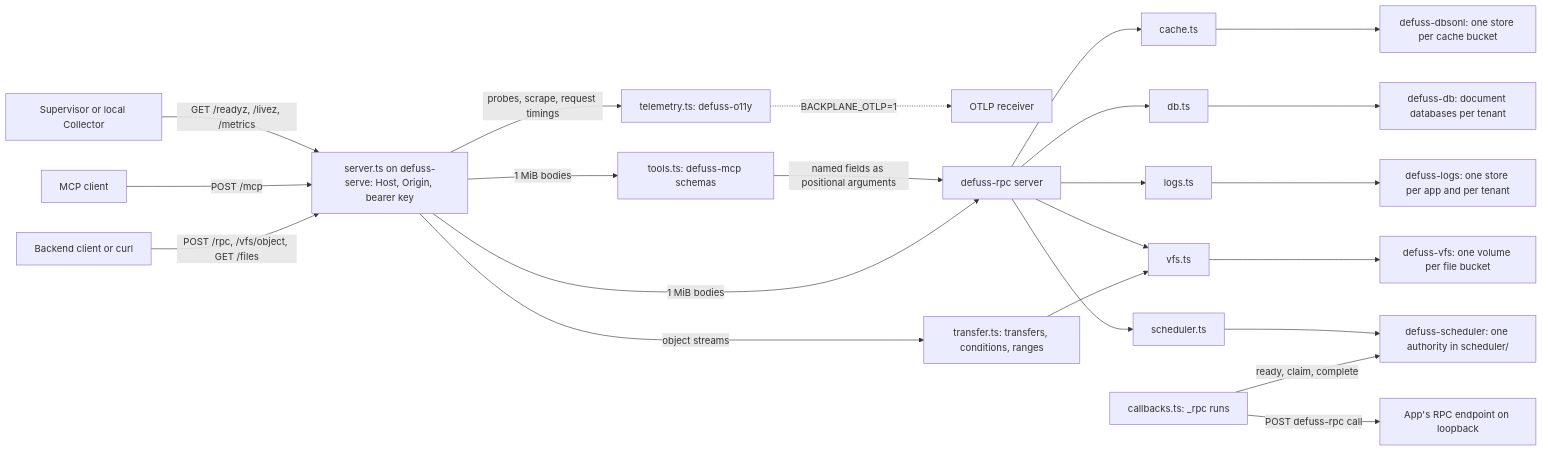
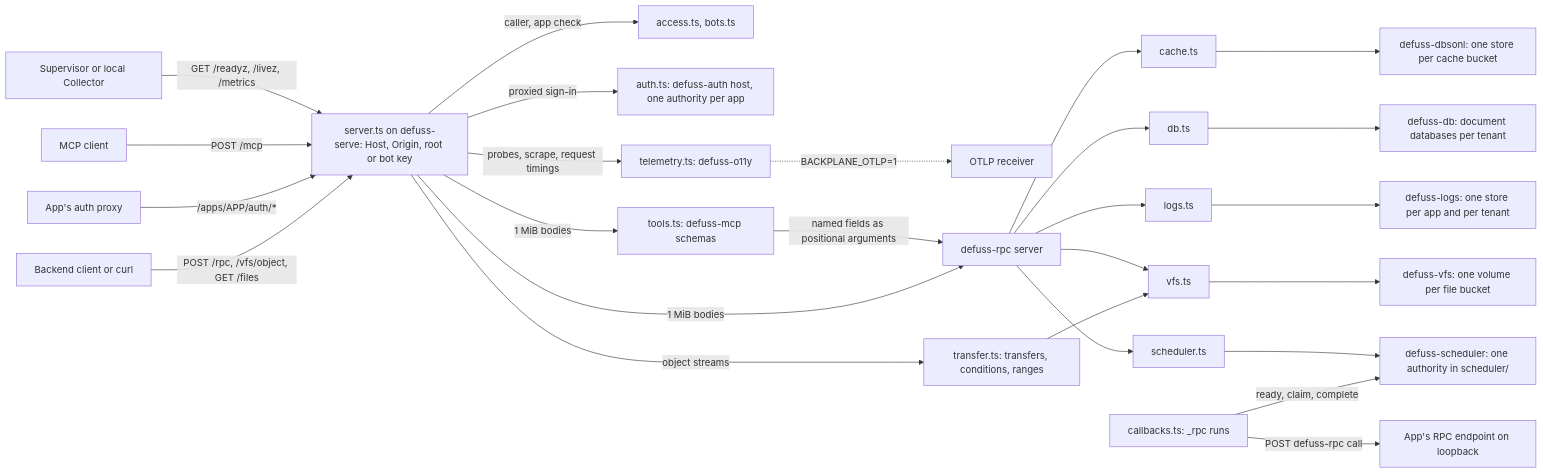
One commit to kyr0/defuss-backplane changed the diagram in ARCH.md. Above: the diagram before and after it, drawn with Mermaid. The commit also changed other lines of this file and 42 other files, not shown here.

First line of the commit message:
Add defuss-auth service, bot users and MCP inspection

````diff
--- a/ARCH.md
+++ b/ARCH.md
@@ -17,25 +17,28 @@
 ```mermaid
 flowchart LR
-  backend["Backend client or curl"] -->|"POST /rpc, /vfs/object, GET /files"| server["server.ts on defuss-serve: Host, Origin, bearer key"]
+  backend["Backend client or curl"] -->|"POST /rpc, /vfs/object, GET /files"| server["server.ts on defuss-serve: Host, Origin, root or bot key"]
+  proxy["App's auth proxy"] -->|"/apps/APP/auth/*"| server
+  server -->|"caller, app check"| access["access.ts, bots.ts"]
+  server -->|"proxied sign-in"| authhost["auth.ts: defuss-auth host, one authority per app"]
   agent["MCP client"] -->|"POST /mcp"| server
   supervisor["Supervisor or local Collector"] -->|"GET /readyz, /livez, /metrics"| server
   server -->|"probes, scrape, request timings"| telemetry["telemetry.ts: defuss-o11y"]
   telemetry -.->|"BACKPLANE_OTLP=1"| receiver["OTLP receiver"]
   server -->|"1 MiB bodies"| rpc["defuss-rpc server"]
   server -->|"1 MiB bodies"| mcp["tools.ts: defuss-mcp schemas"]
   server -->|"object streams"| transfer["transfer.ts: transfers, conditions, ranges"]
   transfer --> vfs["vfs.ts"]
   mcp -->|"named fields as positional arguments"| rpc
   rpc --> cache["cache.ts"]
   rpc --> db["db.ts"]
   rpc --> vfs
   rpc --> logs["logs.ts"]
   logs --> logstore["defuss-logs: one store per app and per tenant"]
   rpc --> sched["scheduler.ts"]
   callbacks["callbacks.ts: _rpc runs"] -->|"ready, claim, complete"| authority
   callbacks -->|"POST defuss-rpc call"| appRpc["App's RPC endpoint on loopback"]
   cache --> dbsonl["defuss-dbsonl: one store per cache bucket"]
   db --> ddb["defuss-db: document databases per tenant"]
   vfs --> volume["defuss-vfs: one volume per file bucket"]
   sched --> authority["defuss-scheduler: one authority in scheduler/"]
 ```
````
